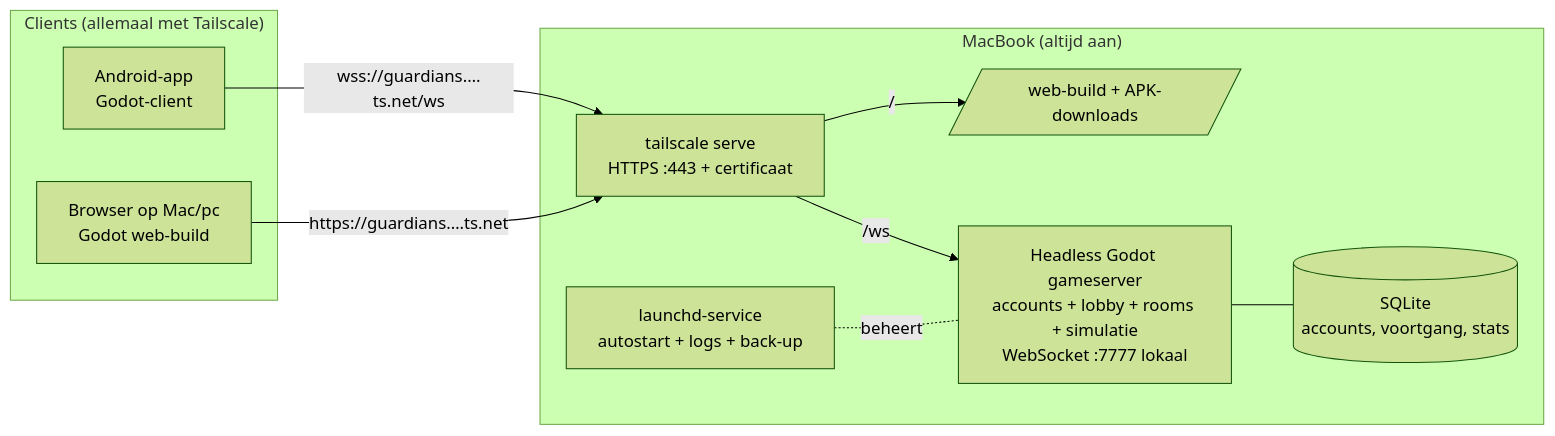
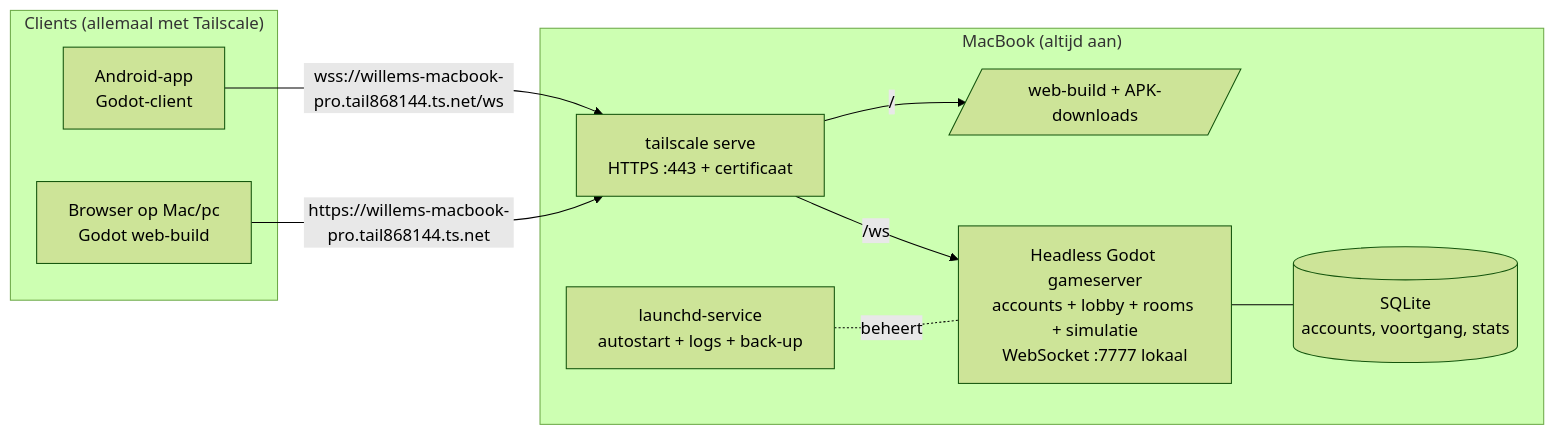
Before and after one commit to WillemDN/TD: the diagram in docs/PLAN.md, drawn with Mermaid (forest theme). The commit also changed other lines of this file and 5 other files, not shown here.

````diff
--- a/docs/PLAN.md
+++ b/docs/PLAN.md
@@ -59,20 +59,20 @@
 ```mermaid
 flowchart LR
   subgraph Clients["Clients (allemaal met Tailscale)"]
     A[Android-app<br/>Godot-client]
     B[Browser op Mac/pc<br/>Godot web-build]
   end
   subgraph Mac["MacBook (altijd aan)"]
     T[tailscale serve<br/>HTTPS :443 + certificaat]
     W[/web-build + APK-downloads/]
     S[Headless Godot gameserver<br/>accounts + lobby + rooms + simulatie<br/>WebSocket :7777 lokaal]
     D[(SQLite<br/>accounts, voortgang, stats)]
     L[launchd-service<br/>autostart + logs + back-up]
   end
-  A -- "wss://guardians.…ts.net/ws" --> T
-  B -- "https://guardians.…ts.net" --> T
+  A -- "wss://willems-macbook-pro.tail868144.ts.net/ws" --> T
+  B -- "https://willems-macbook-pro.tail868144.ts.net" --> T
   T -- "/" --> W
   T -- "/ws" --> S
   S --- D
   L -.beheert.- S
 ```
````
